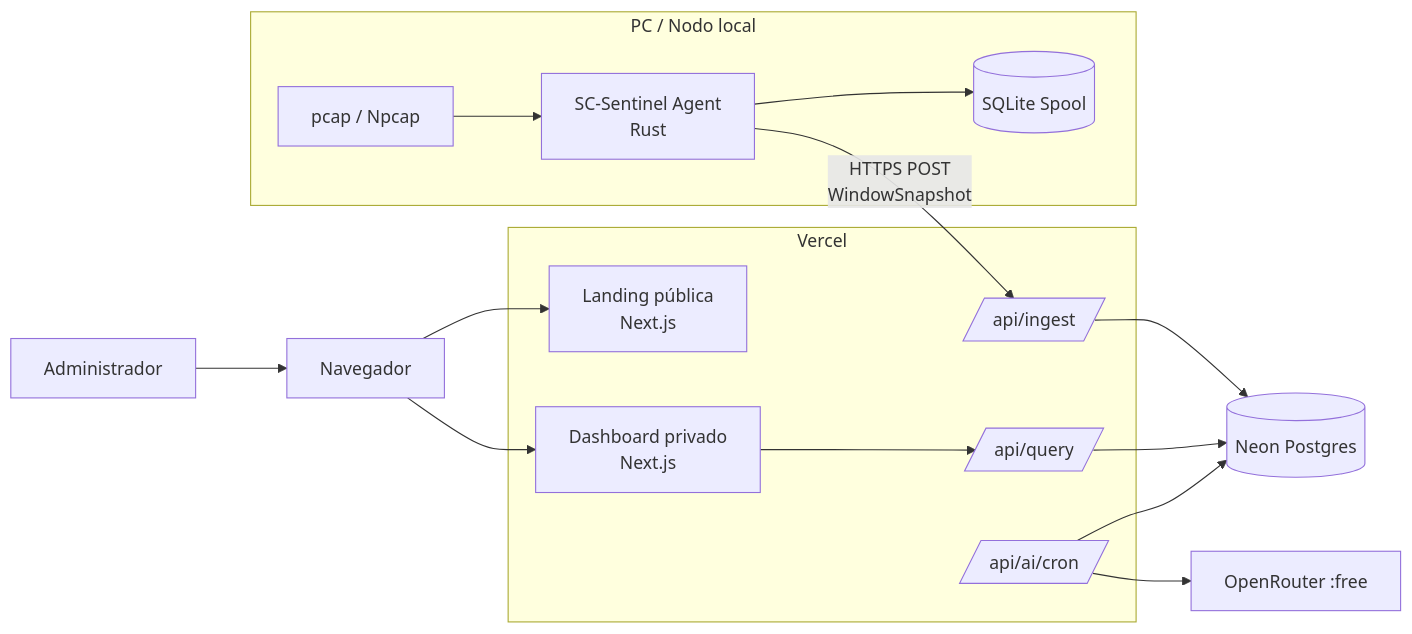
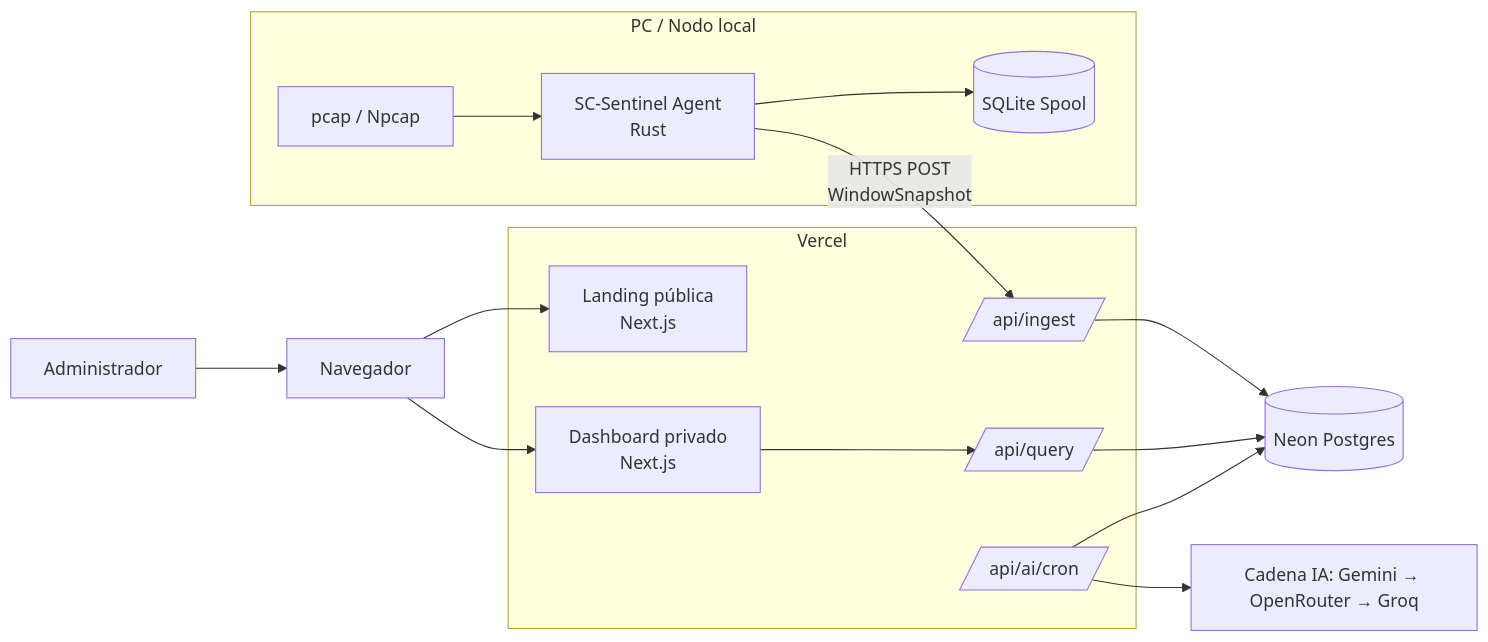
Before and after one commit to Juan-Felipe-Palacios/SC-Sentinel: the diagram in docs/diagrams/mermaid/system-context.mmd, drawn with Mermaid. The commit also changed 13 other files, not shown here.

```diff
--- a/docs/diagrams/mermaid/system-context.mmd
+++ b/docs/diagrams/mermaid/system-context.mmd
@@ -1,30 +1,30 @@
 flowchart LR
     Admin[Administrador] --> Browser[Navegador]
 
     Browser --> Landing[Landing pública<br/>Next.js]
     Browser --> Dashboard[Dashboard privado<br/>Next.js]
 
     subgraph Local[PC / Nodo local]
         Agent[SC-Sentinel Agent<br/>Rust]
         Pcap[pcap / Npcap]
         Spool[(SQLite Spool)]
         Agent --> Spool
         Pcap --> Agent
     end
 
     Agent -->|HTTPS POST<br/>WindowSnapshot| Ingest[/api/ingest/]
 
     subgraph Vercel[Vercel]
         Landing
         Dashboard
         Ingest
         Query[/api/query/]
         AICron[/api/ai/cron/]
     end
 
     Ingest --> Neon[(Neon Postgres)]
     Query --> Neon
     Dashboard --> Query
 
     AICron --> Neon
-    AICron --> OpenRouter[OpenRouter :free]
+    AICron --> Providers[Cadena IA: Gemini → OpenRouter → Groq]
```
